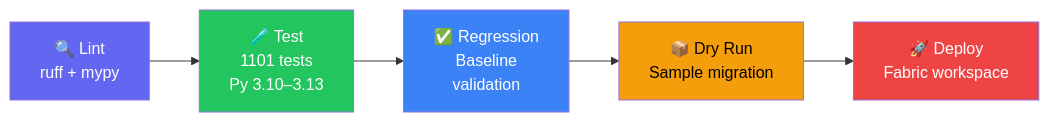
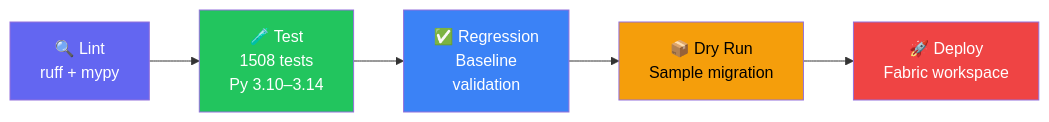
One commit to cyphou/SSIStoFabric changed the second of 2 diagrams in README.md. Above: the diagram before and after it, drawn with Mermaid. The commit also changed other lines of this file and 2 other files, not shown here.

Commit message:
docs: update full documentation for v4.0.0 (1508 tests, 30 CLI commands, 29 engine modules, Phases 1-26 complete)

````diff
--- a/README.md
+++ b/README.md
@@ -634,13 +700,13 @@
 ```mermaid
 flowchart LR
-    L["🔍 Lint\nruff + mypy"] --> T["🧪 Test\n1101 tests\nPy 3.10–3.13"]
+    L["🔍 Lint\nruff + mypy"] --> T["🧪 Test\n1508 tests\nPy 3.10–3.14"]
     T --> R["✅ Regression\nBaseline\nvalidation"]
     R --> D["📦 Dry Run\nSample migration"]
     D --> P["🚀 Deploy\nFabric workspace"]
     
     style L fill:#6366f1,color:#fff
     style T fill:#22c55e,color:#fff
     style R fill:#3b82f6,color:#fff
     style D fill:#f59e0b,color:#000
     style P fill:#ef4444,color:#fff
 ```
````
